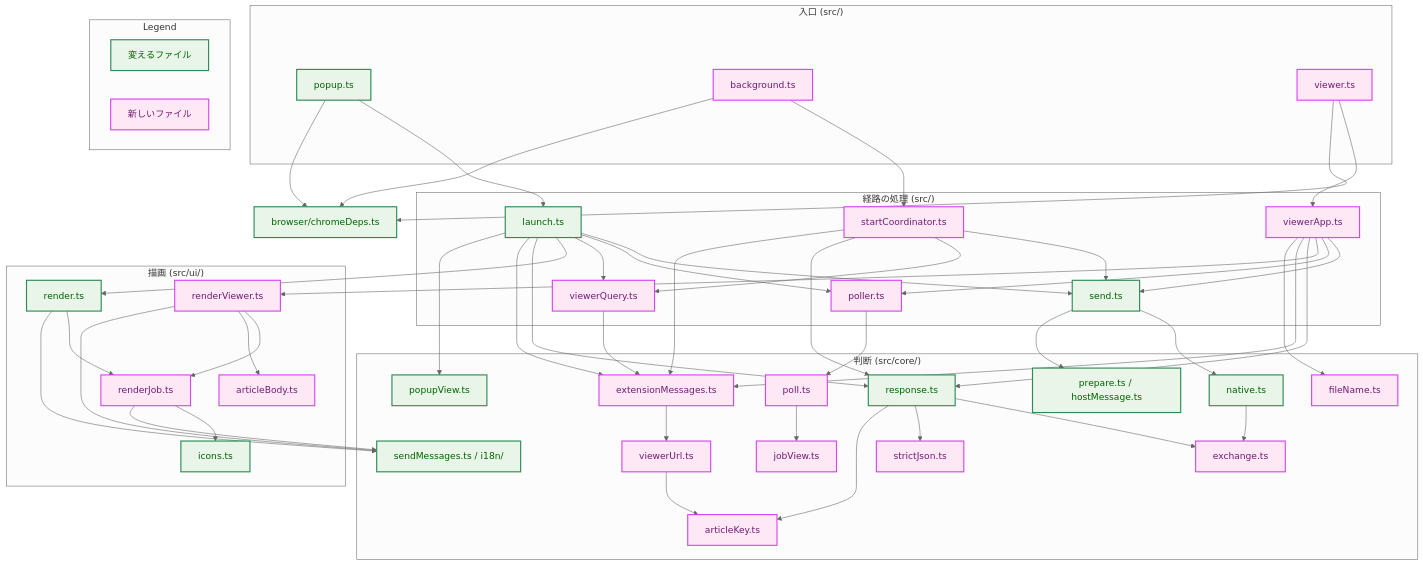
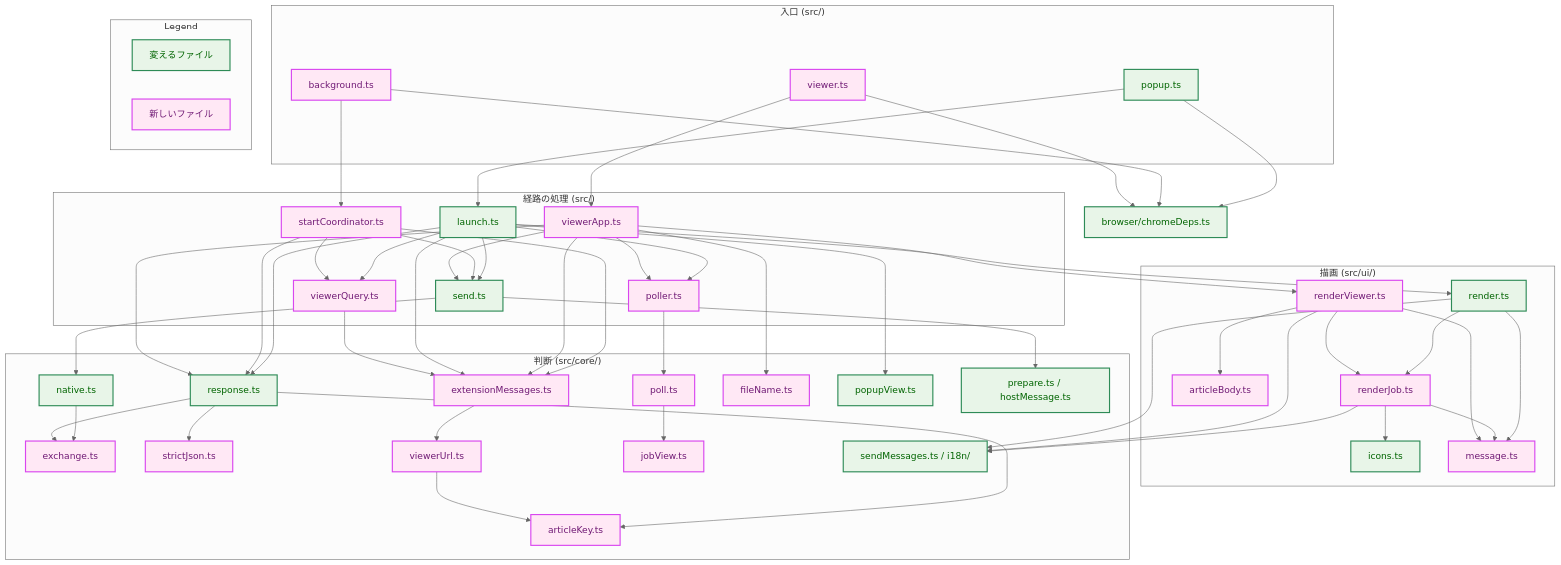
Before and after one commit to isseis/yt2column: the third of 11 diagrams in docs/tasks/0050_viewer_tab/02_architecture.md, drawn with Mermaid (neutral theme). The commit also changed other lines of this file and 9 other files, not shown here.

````diff
--- a/docs/tasks/0050_viewer_tab/02_architecture.md
+++ b/docs/tasks/0050_viewer_tab/02_architecture.md
@@ -193,78 +193,80 @@
 ```mermaid
 flowchart TB
     classDef enhanced fill:#e8f5e8,stroke:#2e8b57,stroke-width:2px,color:#006400;
     classDef newpkg fill:#ffe8f5,stroke:#d946ef,stroke-width:2px,color:#701a75;
 
     subgraph ENTRY["入口 (src/)"]
         E1["popup.ts"]
         E2["background.ts"]
         E3["viewer.ts"]
     end
     subgraph PATH["経路の処理 (src/)"]
         P1["launch.ts"]
         P2["startCoordinator.ts"]
         P3["viewerApp.ts"]
         P4["send.ts"]
         P5["poller.ts"]
         P6["viewerQuery.ts"]
     end
     subgraph UI["描画 (src/ui/)"]
         U1["render.ts"]
         U2["renderJob.ts"]
         U3["renderViewer.ts"]
         U4["articleBody.ts"]
         U5["icons.ts"]
+        U6["message.ts"]
     end
     subgraph CORE["判断 (src/core/)"]
         C0["exchange.ts"]
         C1["strictJson.ts"]
         C2["response.ts"]
         C3["native.ts"]
         C4["extensionMessages.ts"]
         C5["viewerUrl.ts"]
         C6["jobView.ts"]
         C7["poll.ts"]
         C8["fileName.ts"]
         C9["popupView.ts"]
         C10["sendMessages.ts / i18n/"]
         C11["prepare.ts / hostMessage.ts"]
         C12["articleKey.ts"]
     end
     B1["browser/chromeDeps.ts"]
 
     E1 --> P1
     E2 --> P2
     E3 --> P3
     E1 & E2 & E3 --> B1
     P1 & P2 & P3 --> P4
     P1 & P3 --> P5
     P1 & P2 --> P6
     P1 --> U1
     P3 --> U3
     U1 & U3 --> U2
     U2 --> U5
+    U1 & U2 & U3 --> U6
     U3 --> U4
     P4 --> C3
     P4 --> C11
     C3 --> C0
     C2 --> C0
     C2 --> C1
     C2 --> C12
     P1 & P2 & P3 --> C2
     P5 --> C7 --> C6
     P2 & P3 & P1 & P6 --> C4
     C4 --> C5 --> C12
     P3 --> C8
     P1 --> C9
     U2 & U3 & U1 --> C10
 
     class E1,P1,P4,U1,U5,C2,C3,C9,C10,C11,B1 enhanced
-    class E2,E3,P2,P3,P5,P6,U2,U3,U4,C0,C1,C4,C5,C6,C7,C8,C12 newpkg
+    class E2,E3,P2,P3,P5,P6,U2,U3,U4,U6,C0,C1,C4,C5,C6,C7,C8,C12 newpkg
 
     subgraph Legend["Legend"]
         L2["変えるファイル"]
         L3["新しいファイル"]
     end
     class L2 enhanced
     class L3 newpkg
 ```
````
